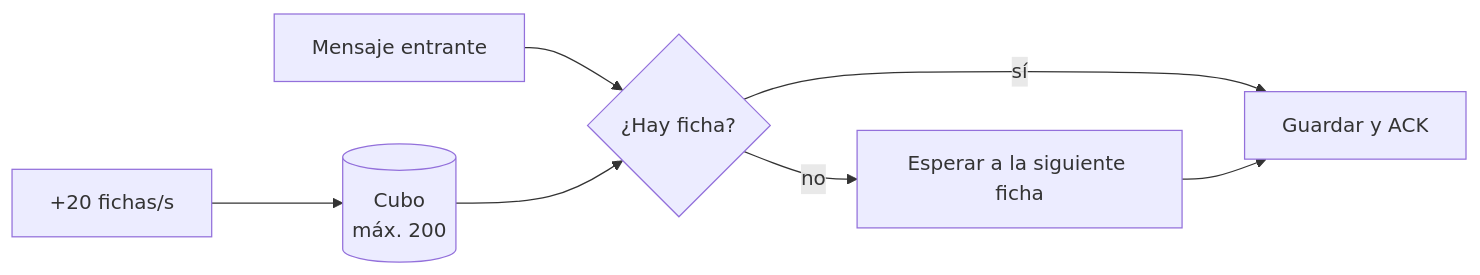
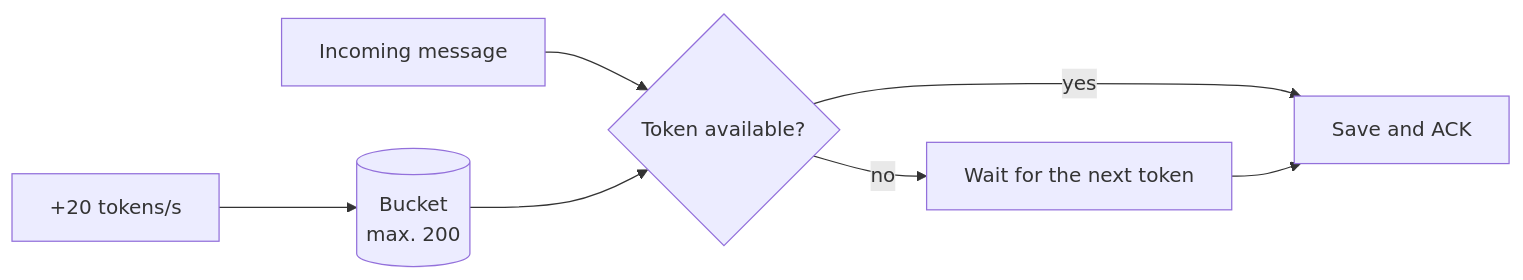
The diagram in website/concepts/backpressure.md (fsoftt/Murmur), drawn with Mermaid before and after one commit. The commit also changed other lines of this file and 51 other files, not shown here.

````diff
--- a/website/concepts/backpressure.md
+++ b/website/concepts/backpressure.md
@@ -20,8 +20,8 @@
 ```mermaid
 flowchart LR
-    R["+20 fichas/s"] --> B[("Cubo<br/>máx. 200")]
-    M[Mensaje entrante] --> T{¿Hay ficha?}
+    R["+20 tokens/s"] --> B[("Bucket<br/>max. 200")]
+    M[Incoming message] --> T{Token available?}
     B --> T
-    T -- sí --> P[Guardar y ACK]
-    T -- no --> W[Esperar a la siguiente ficha] --> P
+    T -- yes --> P[Save and ACK]
+    T -- no --> W[Wait for the next token] --> P
 ```
````
